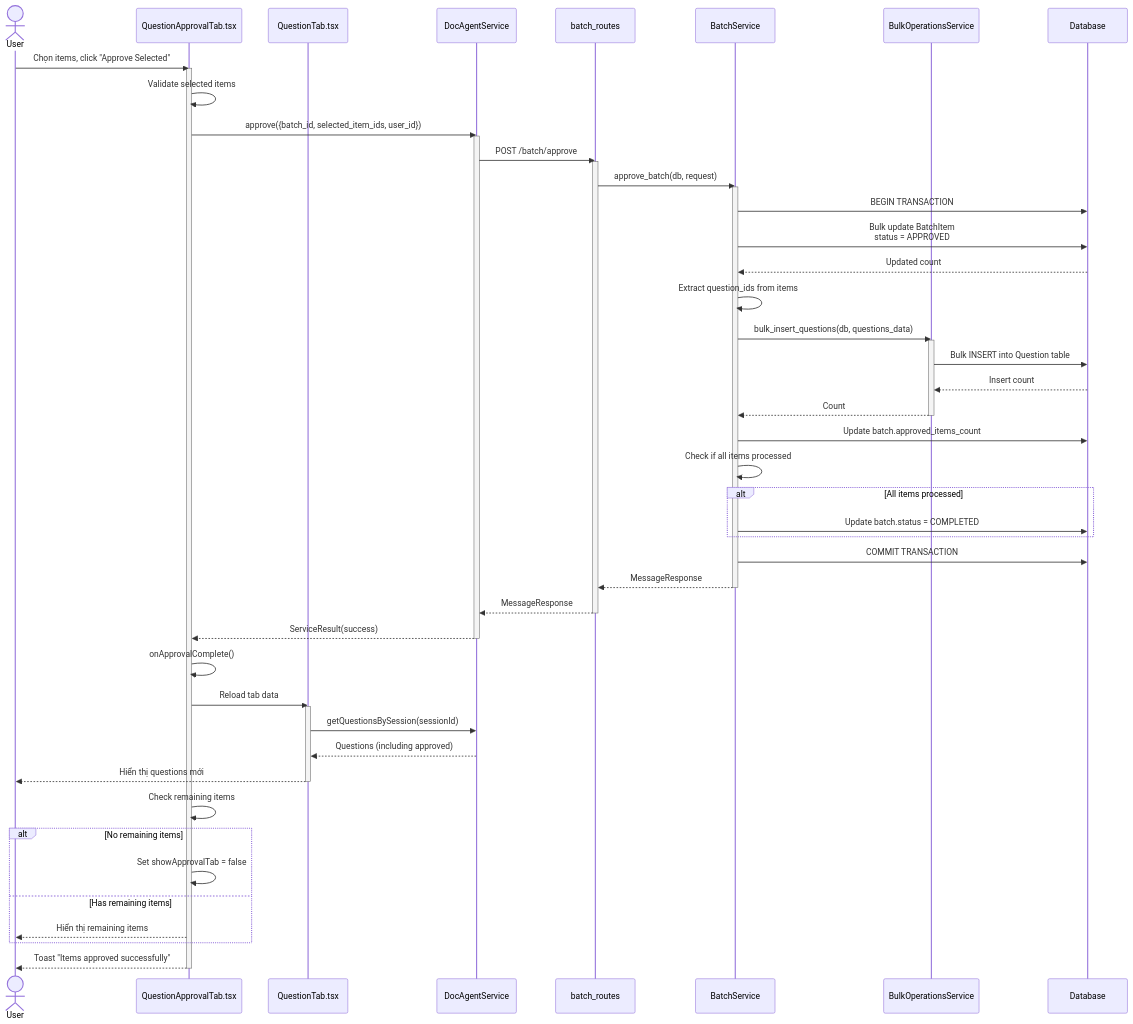
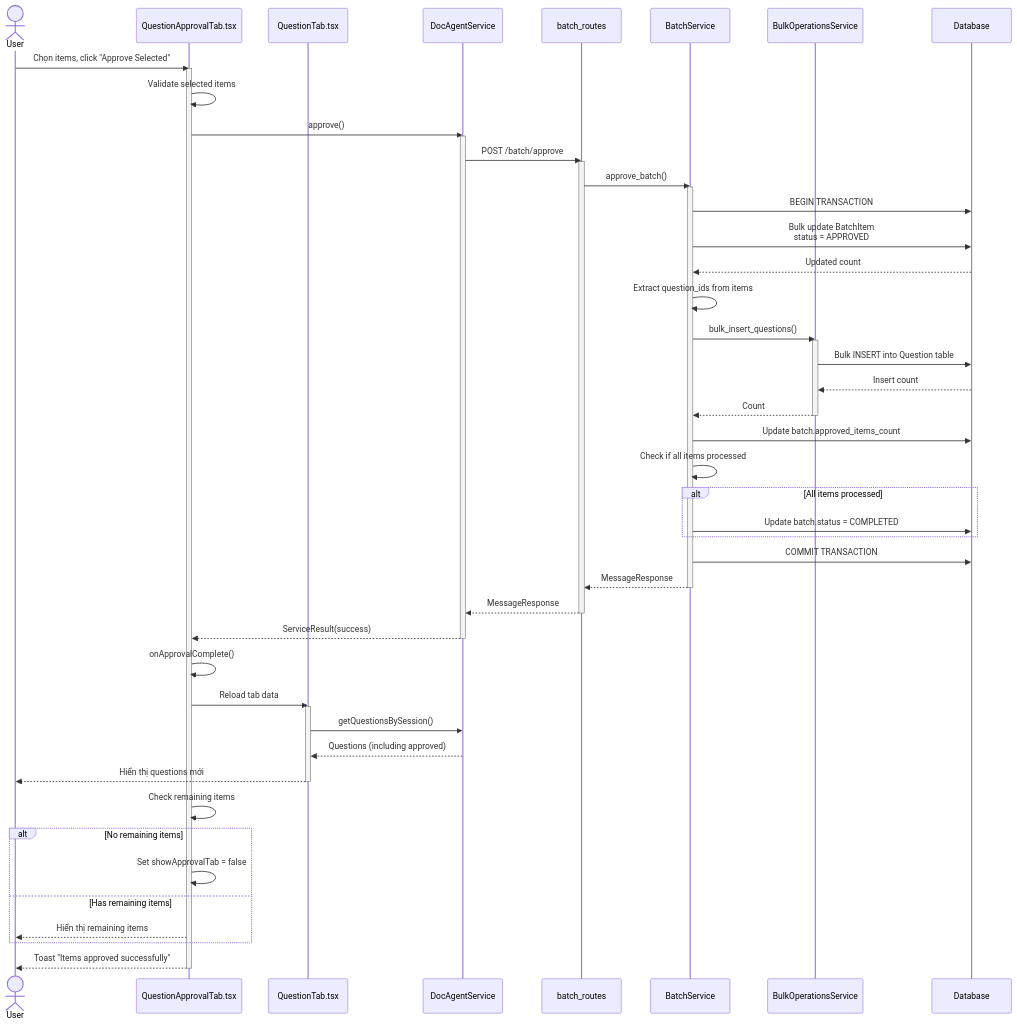
One commit to mduc-2610/gp_doc changed the tenth of 12 diagrams in generation/4_generation_batch_seq.md. Above: the diagram before and after it, drawn with Mermaid. The commit also changed other lines of this file and 10 other files, not shown here.

````diff
--- a/generation/4_generation_batch_seq.md
+++ b/generation/4_generation_batch_seq.md
@@ -306,74 +833,74 @@
 ```mermaid
 sequenceDiagram
     actor User
     participant QuestionApprovalTab as QuestionApprovalTab.tsx
     participant QuestionTab as QuestionTab.tsx
     participant DocAgentService as DocAgentService
     participant BatchRoutes as batch_routes
     participant BatchService as BatchService
     participant BulkOpsService as BulkOperationsService
     participant DB as Database
 
     User->>QuestionApprovalTab: Chọn items, click "Approve Selected"
     activate QuestionApprovalTab
     
     QuestionApprovalTab->>QuestionApprovalTab: Validate selected items
     
-    QuestionApprovalTab->>DocAgentService: approve({batch_id, selected_item_ids, user_id})
+    QuestionApprovalTab->>DocAgentService: approve()
     activate DocAgentService
     DocAgentService->>BatchRoutes: POST /batch/approve
     activate BatchRoutes
     
-    BatchRoutes->>BatchService: approve_batch(db, request)
+    BatchRoutes->>BatchService: approve_batch()
     activate BatchService
     BatchService->>DB: BEGIN TRANSACTION
     
     BatchService->>DB: Bulk update BatchItem<br/>status = APPROVED
     DB-->>BatchService: Updated count
     
     BatchService->>BatchService: Extract question_ids from items
     
-    BatchService->>BulkOpsService: bulk_insert_questions(db, questions_data)
+    BatchService->>BulkOpsService: bulk_insert_questions()
     activate BulkOpsService
     BulkOpsService->>DB: Bulk INSERT into Question table
     DB-->>BulkOpsService: Insert count
     BulkOpsService-->>BatchService: Count
     deactivate BulkOpsService
     
     BatchService->>DB: Update batch.approved_items_count
     
     BatchService->>BatchService: Check if all items processed
     alt All items processed
         BatchService->>DB: Update batch.status = COMPLETED
     end
     
     BatchService->>DB: COMMIT TRANSACTION
     
     BatchService-->>BatchRoutes: MessageResponse
     deactivate BatchService
     
     BatchRoutes-->>DocAgentService: MessageResponse
     deactivate BatchRoutes
     DocAgentService-->>QuestionApprovalTab: ServiceResult(success)
     deactivate DocAgentService
     
     QuestionApprovalTab->>QuestionApprovalTab: onApprovalComplete()
     
     QuestionApprovalTab->>QuestionTab: Reload tab data
     activate QuestionTab
-    QuestionTab->>DocAgentService: getQuestionsBySession(sessionId)
+    QuestionTab->>DocAgentService: getQuestionsBySession()
     DocAgentService-->>QuestionTab: Questions (including approved)
     QuestionTab-->>User: Hiển thị questions mới
     deactivate QuestionTab
     
     QuestionApprovalTab->>QuestionApprovalTab: Check remaining items
     
     alt No remaining items
         QuestionApprovalTab->>QuestionApprovalTab: Set showApprovalTab = false
     else Has remaining items
         QuestionApprovalTab-->>User: Hiển thị remaining items
     end
     
     QuestionApprovalTab-->>User: Toast "Items approved successfully"
     deactivate QuestionApprovalTab
 ```
````
